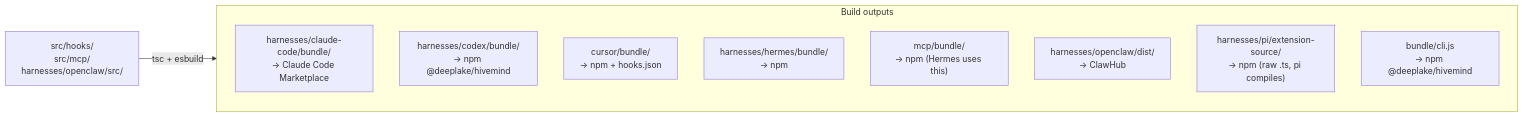
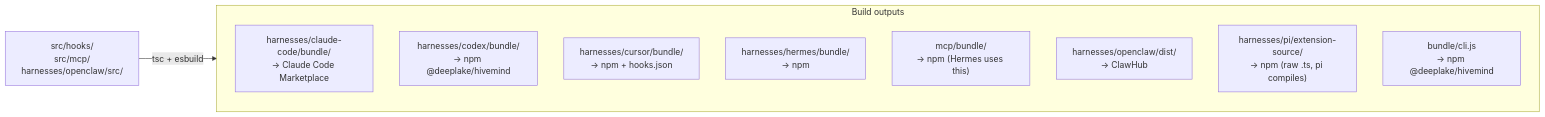
The second of 2 diagrams in library/knowledge/private/plugins/mcp-and-extension-surfaces.md (legioncodeinc/hivemind), drawn with Mermaid before and after one commit. The commit also changed other lines of this file and 105 other files, not shown here.

````diff
--- a/library/knowledge/private/plugins/mcp-and-extension-surfaces.md
+++ b/library/knowledge/private/plugins/mcp-and-extension-surfaces.md
@@ -156,15 +156,15 @@
 ```mermaid
 flowchart LR
     src["src/hooks/\nsrc/mcp/\nharnesses/openclaw/src/"] -- tsc + esbuild --> bundles
 
     subgraph bundles["Build outputs"]
         ccBundle["harnesses/claude-code/bundle/\n→ Claude Code Marketplace"]
         codexBundle["harnesses/codex/bundle/\n→ npm @deeplake/hivemind"]
-        cursorBundle["cursor/bundle/\n→ npm + hooks.json"]
+        cursorBundle["harnesses/cursor/bundle/\n→ npm + hooks.json"]
         hermesBundle["harnesses/hermes/bundle/\n→ npm"]
         mcpBundle["mcp/bundle/\n→ npm (Hermes uses this)"]
         openclawDist["harnesses/openclaw/dist/\n→ ClawHub"]
         piSource["harnesses/pi/extension-source/\n→ npm (raw .ts, pi compiles)"]
         cliBundle["bundle/cli.js\n→ npm @deeplake/hivemind"]
     end
 ```
````
